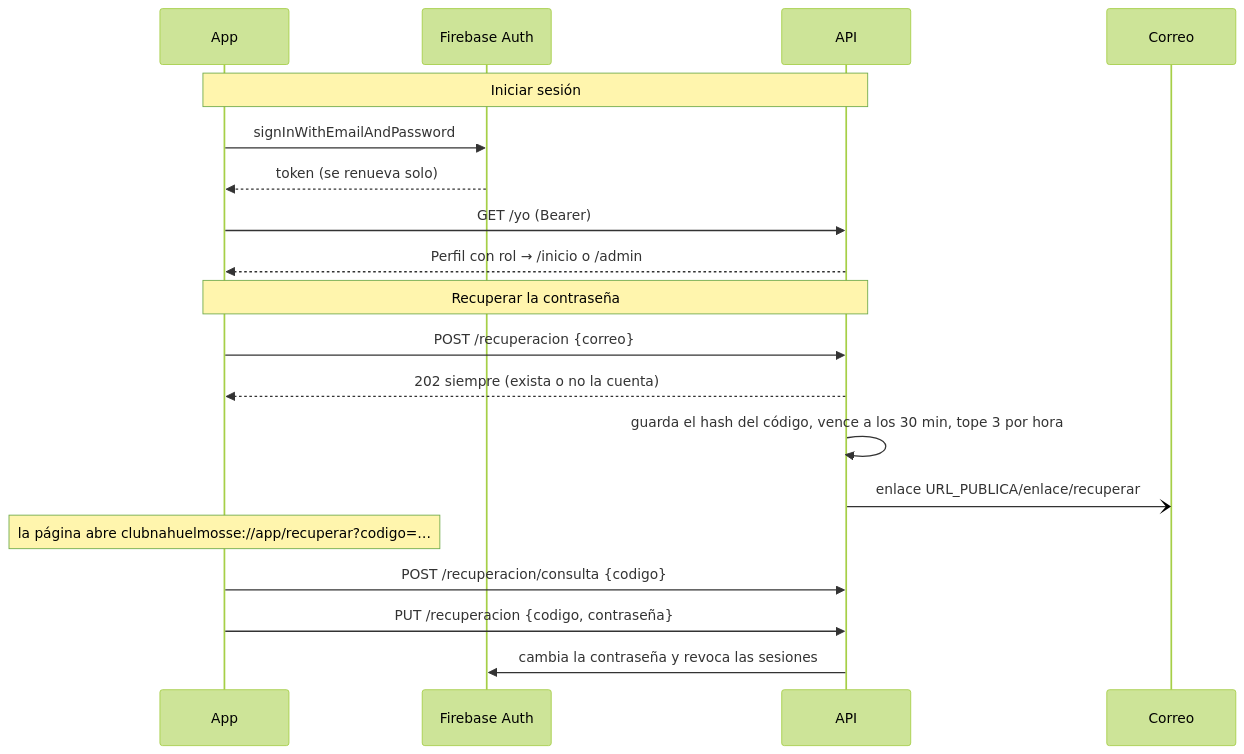
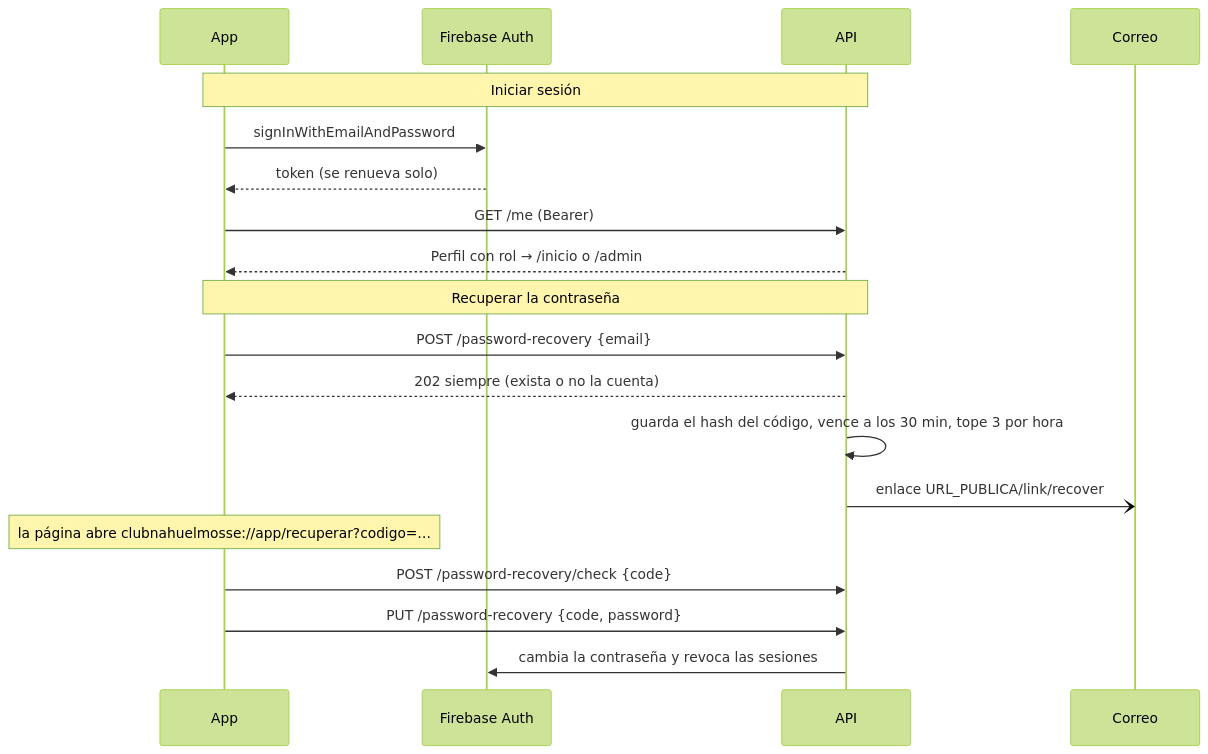
One commit to NahuelMosse/ClubNahuelMosse changed the fifth of 7 diagrams in docs/technical/arquitectura.md. Above: the diagram before and after it, drawn with Mermaid (forest theme). The commit also changed other lines of this file and 58 other files, not shown here.

````diff
--- a/docs/technical/arquitectura.md
+++ b/docs/technical/arquitectura.md
@@ -177,20 +177,20 @@
 ```mermaid
 sequenceDiagram
   participant App
   participant FB as Firebase Auth
   participant API
   Note over App,API: Iniciar sesión
   App->>FB: signInWithEmailAndPassword
   FB-->>App: token (se renueva solo)
-  App->>API: GET /yo (Bearer)
+  App->>API: GET /me (Bearer)
   API-->>App: Perfil con rol → /inicio o /admin
   Note over App,API: Recuperar la contraseña
-  App->>API: POST /recuperacion {correo}
+  App->>API: POST /password-recovery {email}
   API-->>App: 202 siempre (exista o no la cuenta)
   API->>API: guarda el hash del código, vence a los 30 min, tope 3 por hora
-  API-)Correo: enlace URL_PUBLICA/enlace/recuperar#codigo=…
+  API-)Correo: enlace URL_PUBLICA/link/recover#code=…
   Note over App: la página abre clubnahuelmosse://app/recuperar?codigo=…
-  App->>API: POST /recuperacion/consulta {codigo}
-  App->>API: PUT /recuperacion {codigo, contraseña}
+  App->>API: POST /password-recovery/check {code}
+  App->>API: PUT /password-recovery {code, password}
   API->>FB: cambia la contraseña y revoca las sesiones
 ```
````
